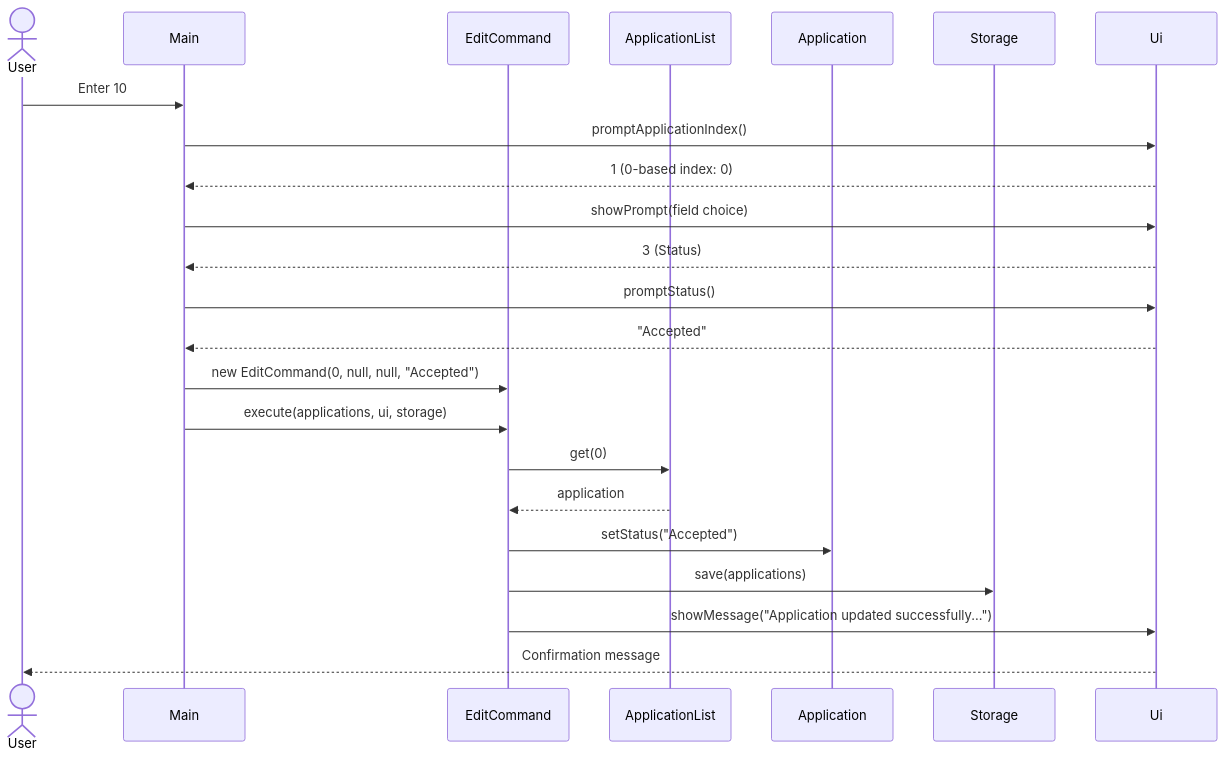
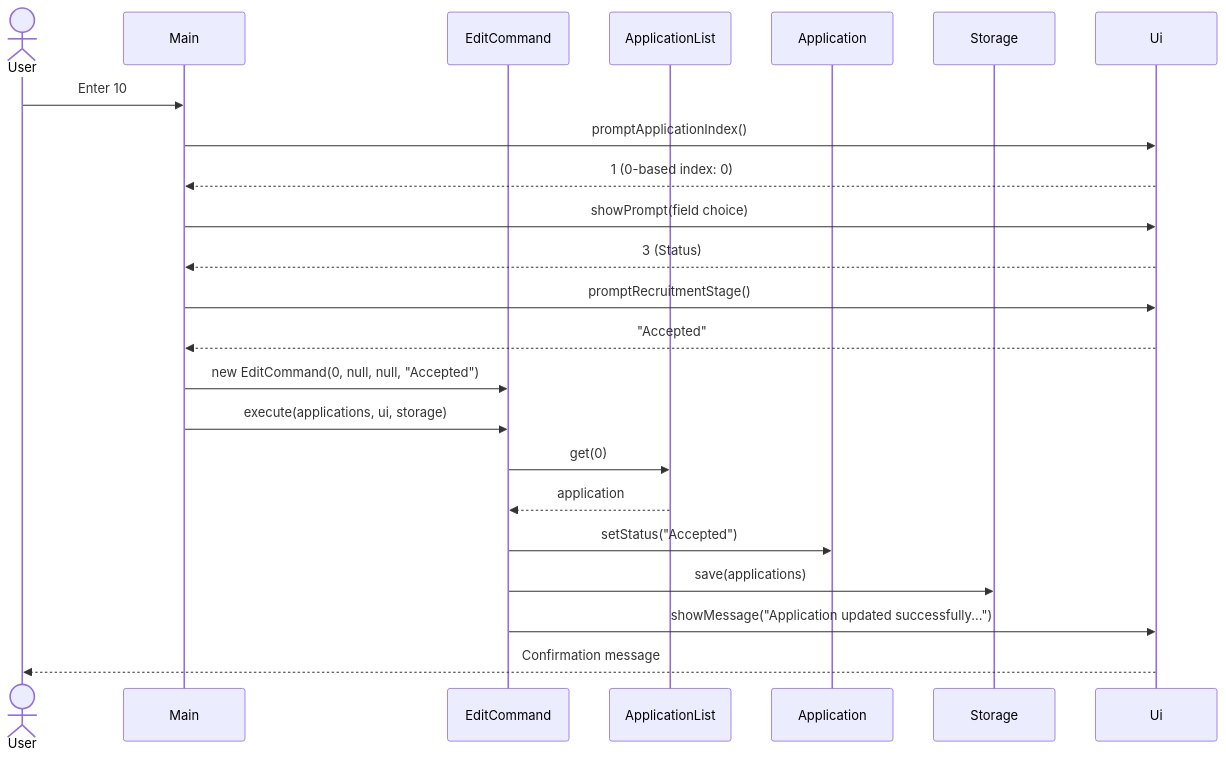
One commit to AY2627S1-CS2113-T10-2/tp changed the sixth of 10 diagrams in docs/DeveloperGuide.md. Above: the diagram before and after it, drawn with Mermaid. The commit also changed other lines of this file and 8 other files, not shown here.

Commit message:
Added RecruitmentStage Feature

````diff
--- a/docs/DeveloperGuide.md
+++ b/docs/DeveloperGuide.md
@@ -332,25 +333,25 @@
 ```mermaid
 sequenceDiagram
     actor User
     participant Main
     participant EditCommand
     participant ApplicationList
     participant Application
     participant Storage
     participant Ui
     User->>Main: Enter 10
     Main->>Ui: promptApplicationIndex()
     Ui-->>Main: 1 (0-based index: 0)
     Main->>Ui: showPrompt(field choice)
     Ui-->>Main: 3 (Status)
-    Main->>Ui: promptStatus()
+    Main->>Ui: promptRecruitmentStage()
     Ui-->>Main: "Accepted"
     Main->>EditCommand: new EditCommand(0, null, null, "Accepted")
     Main->>EditCommand: execute(applications, ui, storage)
     EditCommand->>ApplicationList: get(0)
     ApplicationList-->>EditCommand: application
     EditCommand->>Application: setStatus("Accepted")
     EditCommand->>Storage: save(applications)
     EditCommand->>Ui: showMessage("Application updated successfully...")
     Ui-->>User: Confirmation message
 ```
````
